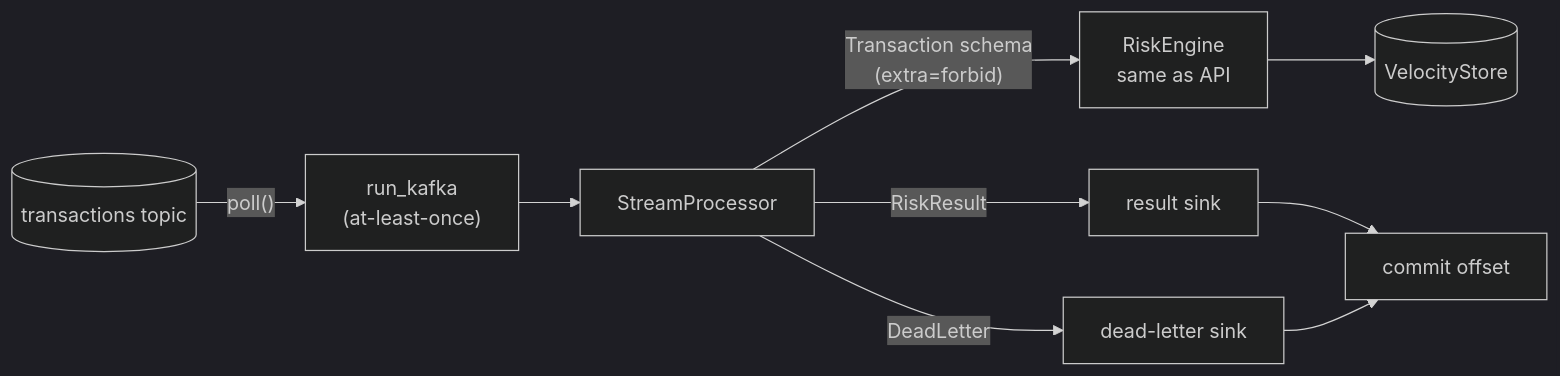
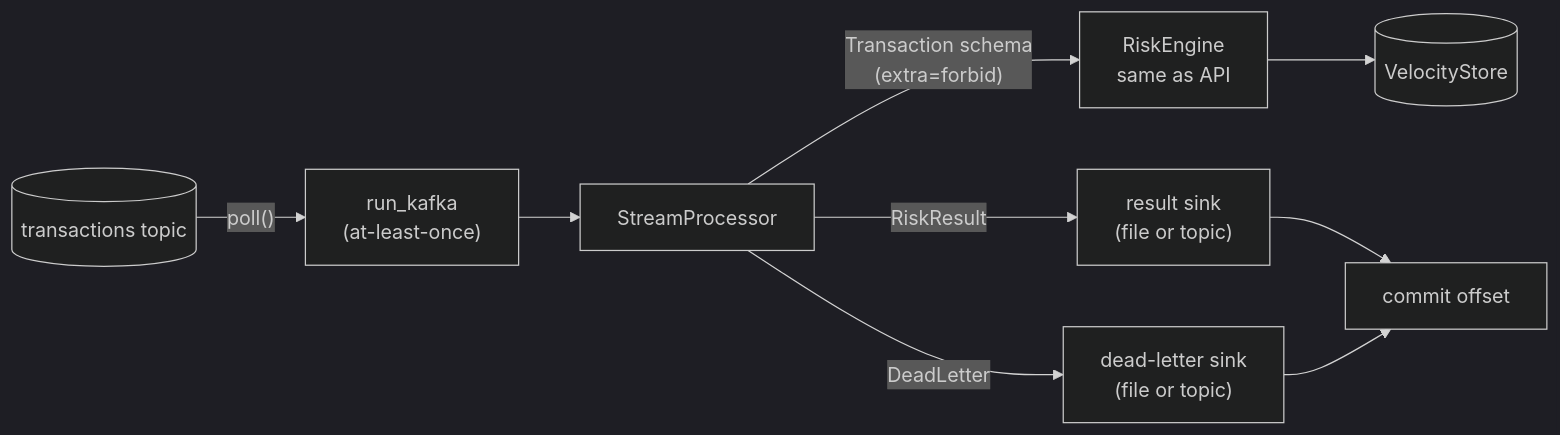
Before and after one commit to Csaf111/realtime-fraud-risk-engine: the diagram in docs/streaming.md, drawn with Mermaid (dark theme). The commit also changed other lines of this file and 4 other files, not shown here.

````diff
--- a/docs/streaming.md
+++ b/docs/streaming.md
@@ -9,11 +9,11 @@
 ```mermaid
 flowchart LR
     topic[("transactions topic")] -- "poll()" --> loop["run_kafka<br/>(at-least-once)"]
     loop --> proc["StreamProcessor"]
     proc -- "Transaction schema<br/>(extra=forbid)" --> eng["RiskEngine<br/>same as API"]
     eng --> st[("VelocityStore")]
-    proc -- "RiskResult" --> sink["result sink"]
-    proc -- "DeadLetter" --> dlq["dead-letter sink"]
+    proc -- "RiskResult" --> sink["result sink<br/>(file or topic)"]
+    proc -- "DeadLetter" --> dlq["dead-letter sink<br/>(file or topic)"]
     sink --> commit["commit offset"]
     dlq --> commit
 ```
````
